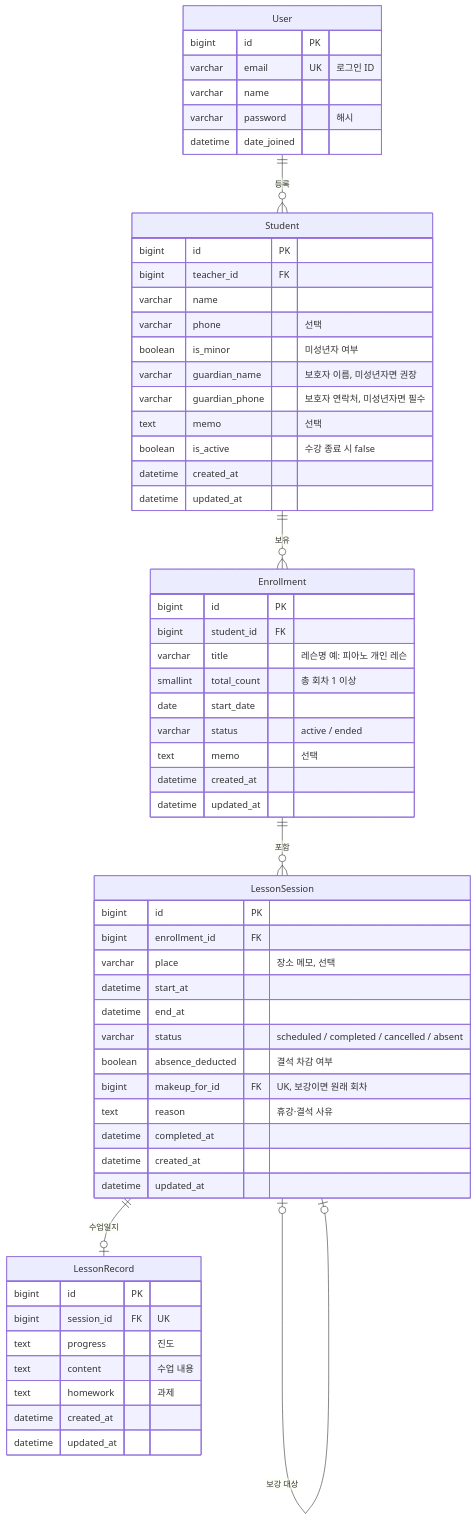
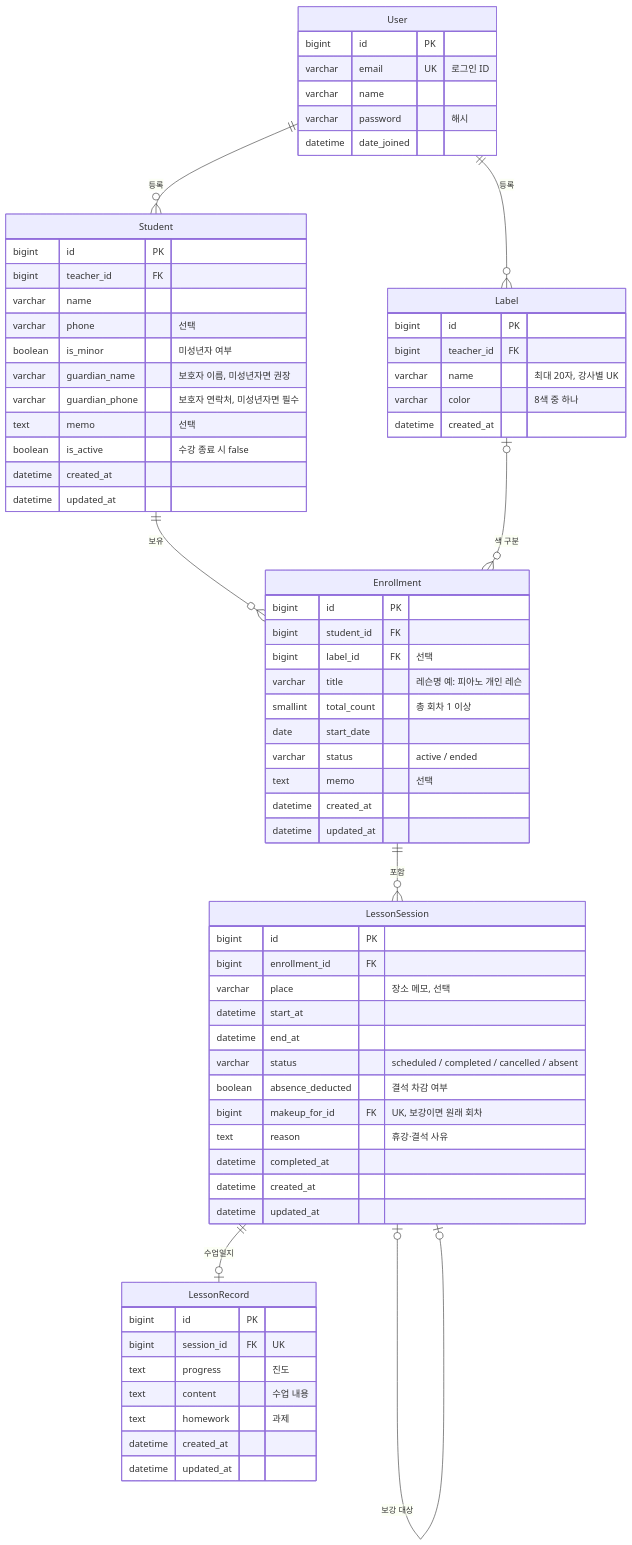
The diagram in docs/ERD.md (yeeun5364/lemit), drawn with Mermaid before and after one commit. The commit also changed other lines of this file and 6 other files, not shown here.

````diff
--- a/docs/ERD.md
+++ b/docs/ERD.md
@@ -8,63 +8,73 @@
 ```mermaid
 erDiagram
     User ||--o{ Student : "등록"
     Student ||--o{ Enrollment : "보유"
+    User ||--o{ Label : "등록"
+    Label |o--o{ Enrollment : "색 구분"
     Enrollment ||--o{ LessonSession : "포함"
     LessonSession |o--o| LessonSession : "보강 대상"
     LessonSession ||--o| LessonRecord : "수업일지"
 
     User {
         bigint id PK
         varchar email UK "로그인 ID"
         varchar name
         varchar password "해시"
         datetime date_joined
     }
     Student {
         bigint id PK
         bigint teacher_id FK
         varchar name
         varchar phone "선택"
         boolean is_minor "미성년자 여부"
         varchar guardian_name "보호자 이름, 미성년자면 권장"
         varchar guardian_phone "보호자 연락처, 미성년자면 필수"
         text memo "선택"
         boolean is_active "수강 종료 시 false"
         datetime created_at
         datetime updated_at
     }
     Enrollment {
         bigint id PK
         bigint student_id FK
+        bigint label_id FK "선택"
         varchar title "레슨명 예: 피아노 개인 레슨"
         smallint total_count "총 회차 1 이상"
         date start_date
         varchar status "active / ended"
         text memo "선택"
         datetime created_at
         datetime updated_at
     }
     LessonSession {
         bigint id PK
         bigint enrollment_id FK
         varchar place "장소 메모, 선택"
         datetime start_at
         datetime end_at
         varchar status "scheduled / completed / cancelled / absent"
         boolean absence_deducted "결석 차감 여부"
         bigint makeup_for_id FK "UK, 보강이면 원래 회차"
         text reason "휴강·결석 사유"
         datetime completed_at
         datetime created_at
         datetime updated_at
     }
+    Label {
+        bigint id PK
+        bigint teacher_id FK
+        varchar name "최대 20자, 강사별 UK"
+        varchar color "8색 중 하나"
+        datetime created_at
+    }
     LessonRecord {
         bigint id PK
         bigint session_id FK "UK"
         text progress "진도"
         text content "수업 내용"
         text homework "과제"
         datetime created_at
         datetime updated_at
     }
 ```
````
